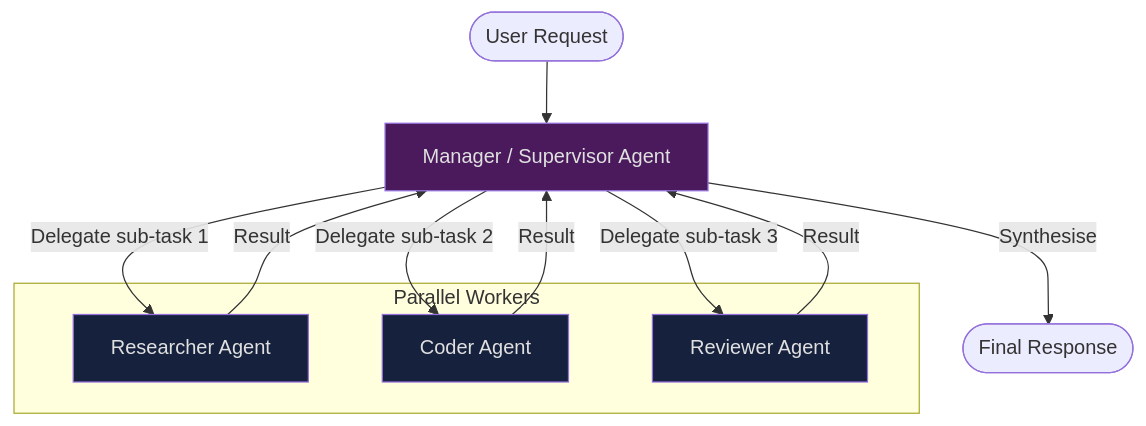
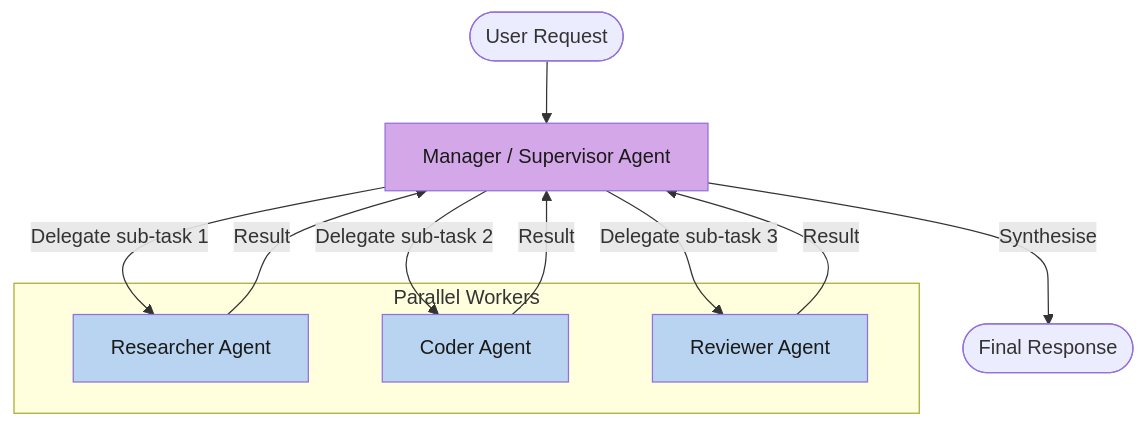
Before and after one commit to jylhakos/InternetOfThings: the third of 11 diagrams in Computing/AGENTS/README.md, drawn with Mermaid. The commit also changed other lines of this file, not shown here.

````diff
--- a/Computing/AGENTS/README.md
+++ b/Computing/AGENTS/README.md
@@ -326,22 +326,22 @@
 ```mermaid
 flowchart TD
     U([User Request]) --> MGR[Manager / Supervisor Agent]
     MGR -->|Delegate sub-task 1| A1[Researcher Agent]
     MGR -->|Delegate sub-task 2| A2[Coder Agent]
     MGR -->|Delegate sub-task 3| A3[Reviewer Agent]
     A1 -->|Result| MGR
     A2 -->|Result| MGR
     A3 -->|Result| MGR
     MGR -->|Synthesise| R([Final Response])
 
     subgraph Parallel Workers
         A1
         A2
         A3
     end
 
-    style MGR fill:#4a1a5c,color:#e0e0e0
-    style A1 fill:#16213e,color:#e0e0e0
-    style A2 fill:#16213e,color:#e0e0e0
-    style A3 fill:#16213e,color:#e0e0e0
+    style MGR fill:#d4a8e8,color:#1a1a1a
+    style A1 fill:#b8d4f0,color:#1a1a1a
+    style A2 fill:#b8d4f0,color:#1a1a1a
+    style A3 fill:#b8d4f0,color:#1a1a1a
 ```
````
